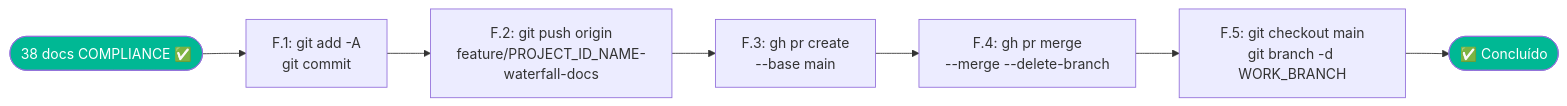
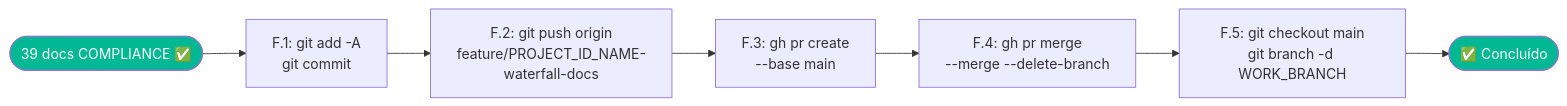
Diagram 11 of 11 in .specs/prompts/project-documents-waterfall/FLOWCHART-PROMPT-ROADMAP-GENERATE-PROJECT-DOCUMENTS-WATERFALL.md (bolismar69/workspace-fbso), drawn with Mermaid before and after one commit. The commit also changed other lines of this file and 6 other files, not shown here.

First line of the commit message:
feat: fase 3 janelas — consistência global (EXECUTION v2.1, master v3.1/39 docs/118 prompts, 3 flowcharts)

````diff
--- a/.specs/prompts/project-documents-waterfall/FLOWCHART-PROMPT-ROADMAP-GENERATE-PROJECT-DOCUMENTS-WATERFALL.md
+++ b/.specs/prompts/project-documents-waterfall/FLOWCHART-PROMPT-ROADMAP-GENERATE-PROJECT-DOCUMENTS-WATERFALL.md
@@ -877,17 +877,17 @@
 ```mermaid
 flowchart LR
-    ALL_COMPLIANCE(["38 docs COMPLIANCE ✅"]) --> F1["F.1: git add -A<br/>git commit"]
+    ALL_COMPLIANCE(["39 docs COMPLIANCE ✅"]) --> F1["F.1: git add -A<br/>git commit"]
 
     F1 --> F2["F.2: git push origin<br/>feature/PROJECT_ID_NAME-waterfall-docs"]
 
     F2 --> F3["F.3: gh pr create<br/>--base main"]
 
     F3 --> F4["F.4: gh pr merge<br/>--merge --delete-branch"]
 
     F4 --> F5["F.5: git checkout main<br/>git branch -d WORK_BRANCH"]
 
     F5 --> DONE(["✅ Concluído"])
 
     style ALL_COMPLIANCE fill:#00b894,color:#fff
     style DONE fill:#00b894,color:#fff
 ```
````
